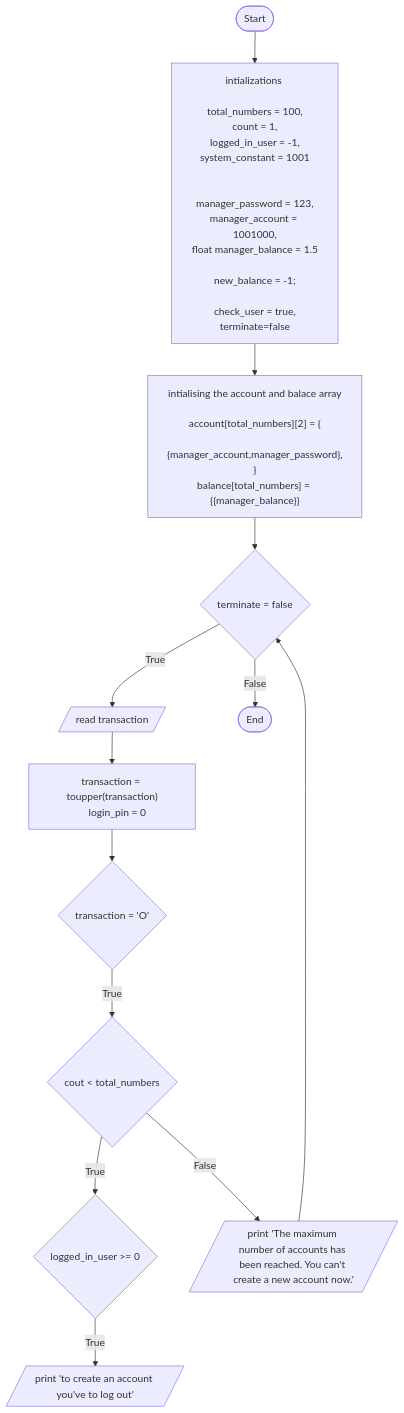
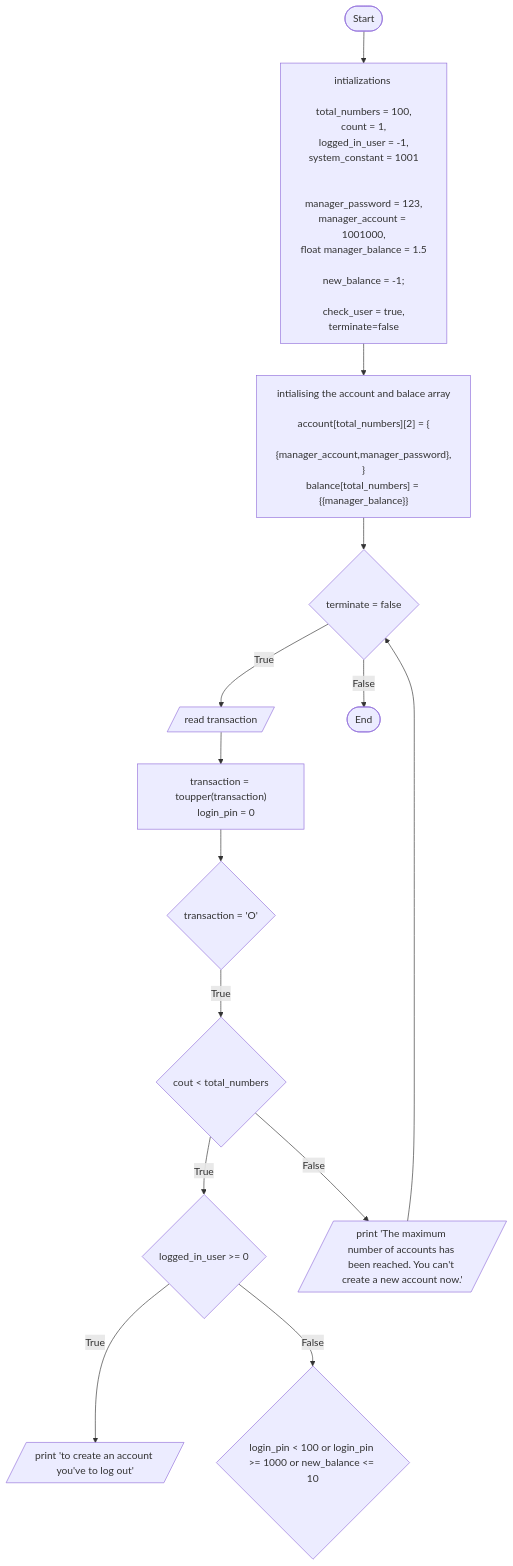
One commit to Ludis-ET/Bank-Account changed the diagram in FoP I/flowchart.md. Above: the diagram before and after it, drawn with Mermaid.

````diff
--- a/FoP I/flowchart.md
+++ b/FoP I/flowchart.md
@@ -1,62 +1,64 @@
 ```mermaid
     flowchart TD;
     A([Start])-->B["
     intializations 
 
     total_numbers = 100,
     count = 1,
     logged_in_user = -1,
     system_constant = 1001
 
 
     manager_password = 123,
     manager_account = 1001000,
     float manager_balance = 1.5
     
     new_balance = -1;
 
     check_user = true,
     terminate=false
     
     "];
 
 
     B-->C["
     
     intialising the account and balace array
 
     account[total_numbers][2] = {
         {manager_account,manager_password},
     }
     balance[total_numbers] = {{manager_balance}}
 
     "];
 
 
     C-->D{terminate = false}
 
     D -->|True| E[/read transaction/]
 
     D -->|False| E1([End]);
 
     E -->F["
         transaction = toupper(transaction)
         login_pin = 0
     "]
 
     F --> G{transaction = 'O'}
 
     G --> |True| H{cout < total_numbers}
 
     H --> |True| I{logged_in_user >= 0}
 
     I --> |True| J[/print 'to create an account you've to log out'/]
 
+    I --> |False| J1{login_pin < 100 or login_pin >= 1000 or new_balance <= 10}
+
     H --> |False| I1[/ print 'The maximum number of accounts has been reached. You can't create a new account now.' /]
 
     I1 --> D
 
 
 
     
 ```
````
